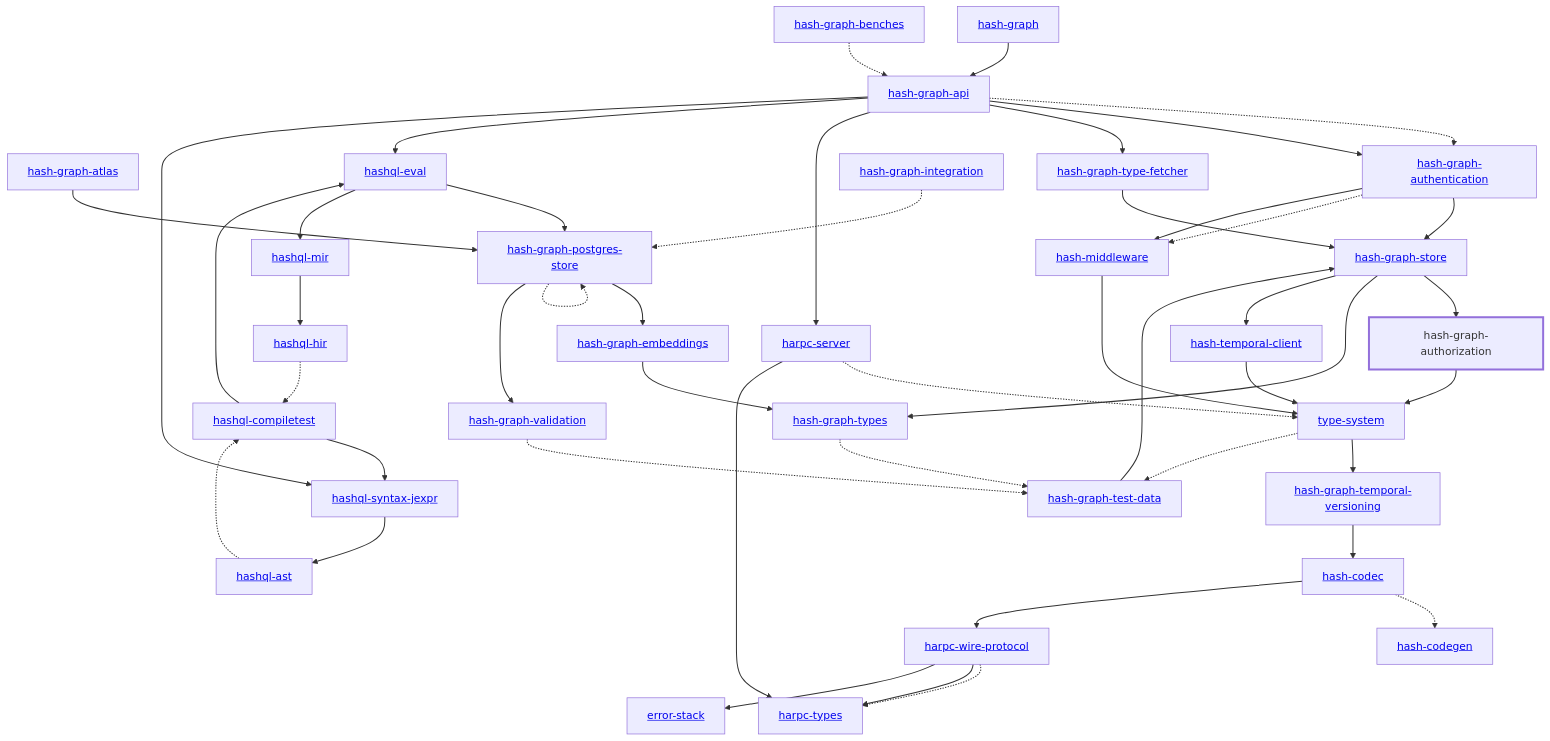
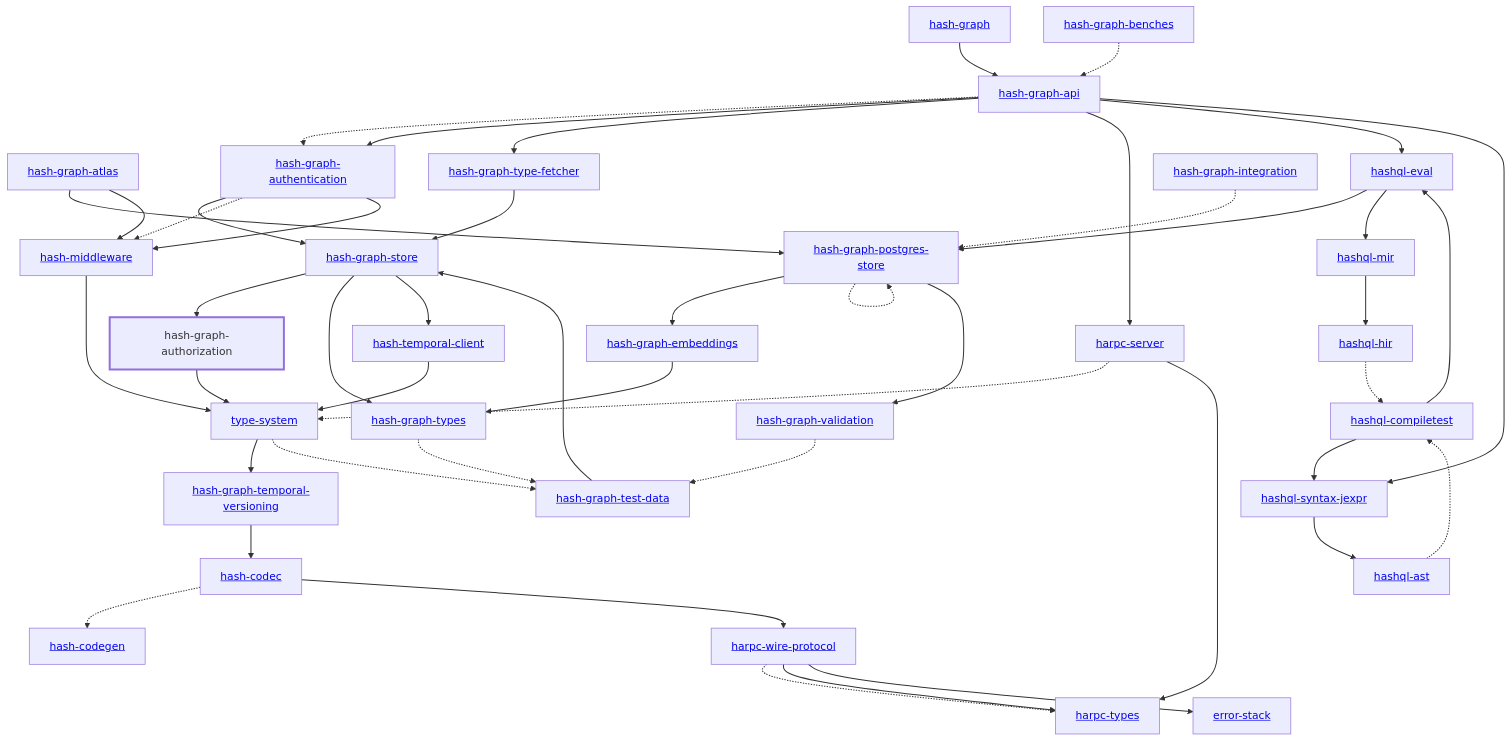
One commit to hashintel/hash changed the diagram in libs/@local/graph/authorization/rust/docs/dependency-diagram.mmd. Above: the diagram before and after it, drawn with Mermaid. The commit also changed 9 other files, not shown here.

Commit message:
chore: update rust dependency diagrams

```diff
--- a/libs/@local/graph/authorization/rust/docs/dependency-diagram.mmd
+++ b/libs/@local/graph/authorization/rust/docs/dependency-diagram.mmd
@@ -1,86 +1,87 @@
 graph TD
     linkStyle default stroke-width:1.5px
     classDef default stroke-width:1px
     classDef root stroke-width:3px
     classDef dev stroke-width:1px
     classDef build stroke-width:1px
     %% Legend
     %% --> : Normal dependency
     %% -.-> : Dev dependency
     %% ---> : Build dependency
     0[<a href="../hash_graph/index.html">hash-graph</a>]
     1[<a href="../type_system/index.html">type-system</a>]
     2[<a href="../hash_codec/index.html">hash-codec</a>]
     3[<a href="../hash_codegen/index.html">hash-codegen</a>]
     4[<a href="../hash_graph_api/index.html">hash-graph-api</a>]
     5[<a href="../hash_graph_atlas/index.html">hash-graph-atlas</a>]
     6[<a href="../hash_graph_authentication/index.html">hash-graph-authentication</a>]
     7[hash-graph-authorization]
     class 7 root
     8[<a href="../hash_graph_embeddings/index.html">hash-graph-embeddings</a>]
     9[<a href="../hash_graph_postgres_store/index.html">hash-graph-postgres-store</a>]
     10[<a href="../hash_graph_store/index.html">hash-graph-store</a>]
     11[<a href="../hash_graph_temporal_versioning/index.html">hash-graph-temporal-versioning</a>]
     12[<a href="../hash_graph_type_fetcher/index.html">hash-graph-type-fetcher</a>]
     13[<a href="../hash_graph_types/index.html">hash-graph-types</a>]
     14[<a href="../hash_graph_validation/index.html">hash-graph-validation</a>]
     15[<a href="../harpc_server/index.html">harpc-server</a>]
     16[<a href="../harpc_types/index.html">harpc-types</a>]
     17[<a href="../harpc_wire_protocol/index.html">harpc-wire-protocol</a>]
     18[<a href="../hashql_ast/index.html">hashql-ast</a>]
     19[<a href="../hashql_compiletest/index.html">hashql-compiletest</a>]
     20[<a href="../hashql_eval/index.html">hashql-eval</a>]
     21[<a href="../hashql_hir/index.html">hashql-hir</a>]
     22[<a href="../hashql_mir/index.html">hashql-mir</a>]
     23[<a href="../hashql_syntax_jexpr/index.html">hashql-syntax-jexpr</a>]
     24[<a href="../hash_middleware/index.html">hash-middleware</a>]
     25[<a href="../hash_temporal_client/index.html">hash-temporal-client</a>]
     26[<a href="../error_stack/index.html">error-stack</a>]
     27[<a href="../hash_graph_benches/index.html">hash-graph-benches</a>]
     28[<a href="../hash_graph_integration/index.html">hash-graph-integration</a>]
     29[<a href="../hash_graph_test_data/index.html">hash-graph-test-data</a>]
     0 --> 4
     1 --> 11
     1 -.-> 29
     2 -.-> 3
     2 --> 17
     4 -.-> 6
     4 --> 6
     4 --> 12
     4 --> 15
     4 --> 20
     4 --> 23
     5 --> 9
+    5 --> 24
     6 --> 10
     6 -.-> 24
     6 --> 24
     7 --> 1
     8 --> 13
     9 --> 8
     9 -.-> 9
     9 --> 14
     10 --> 7
     10 --> 13
     10 --> 25
     11 --> 2
     12 --> 10
     13 -.-> 29
     14 -.-> 29
     15 -.-> 1
     15 --> 16
     17 -.-> 16
     17 --> 16
     17 --> 26
     18 -.-> 19
     19 --> 20
     19 --> 23
     20 --> 9
     20 --> 22
     21 -.-> 19
     22 --> 21
     23 --> 18
     24 --> 1
     25 --> 1
     27 -.-> 4
     28 -.-> 9
     29 --> 10
```
